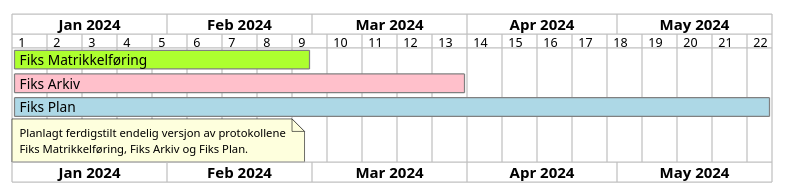
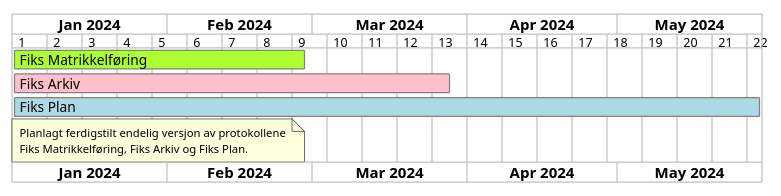
Before and after one commit to ks-no/ks-no.github.io: the diagram in content/Tjenester/fiksprotokoll/charts/fiks-protokoller-gantt.puml, drawn with PlantUML. The commit also changed 3 other files, not shown here.

```diff
--- a/content/Tjenester/fiksprotokoll/charts/fiks-protokoller-gantt.puml
+++ b/content/Tjenester/fiksprotokoll/charts/fiks-protokoller-gantt.puml
@@ -1,18 +1,18 @@
 @startgantt
 Projectscale weekly
 Project starts 2024-01-01
 
 [Fiks Matrikkelføring] starts 2024-01-01
-[Fiks Matrikkelføring] ends 2024-02-29
+[Fiks Matrikkelføring] ends 2024-02-28
 [Fiks Arkiv] starts 2024-01-01
-[Fiks Arkiv] ends 2024-03-31
+[Fiks Arkiv] ends 2024-03-28
 [Fiks Plan] starts 2024-01-01
-[Fiks Plan] ends 2024-05-31
+[Fiks Plan] ends 2024-05-29
 note bottom
   Planlagt ferdigstilt endelig versjon av protokollene
   Fiks Matrikkelføring, Fiks Arkiv og Fiks Plan.
 end note
 [Fiks Matrikkelføring] is colored in GreenYellow/Grey
 [Fiks Arkiv] is colored in Pink/Grey
 [Fiks Plan] is colored in LightBlue/Grey
 @endgantt
```
